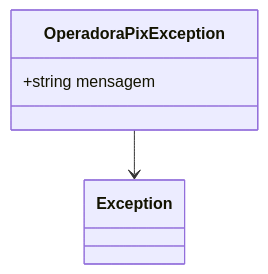
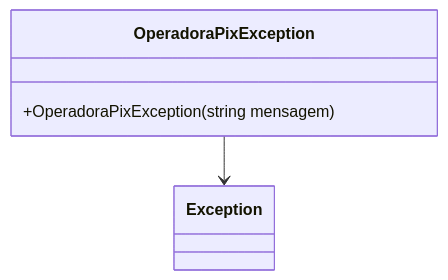
The diagram in docs/b2b-dominio/IsthmusWinthor.Nucleo/IsthmusWinthor.Dominio/Exceptions/OperadoraPixException.md (IsthmusSistemas/documentacao-tecnica), drawn with Mermaid before and after one commit. The commit also changed other lines of this file and 882 other files, not shown here.

````diff
--- a/docs/b2b-dominio/IsthmusWinthor.Nucleo/IsthmusWinthor.Dominio/Exceptions/OperadoraPixException.md
+++ b/docs/b2b-dominio/IsthmusWinthor.Nucleo/IsthmusWinthor.Dominio/Exceptions/OperadoraPixException.md
@@ -17,7 +26,7 @@
 ```mermaid
 classDiagram
     class OperadoraPixException {
-        +string mensagem
+        +OperadoraPixException(string mensagem)
     }
     OperadoraPixException --> Exception
 ```
````
